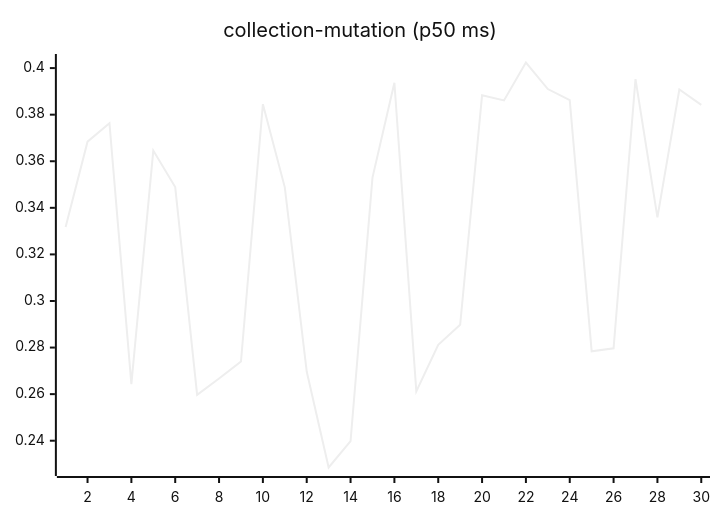
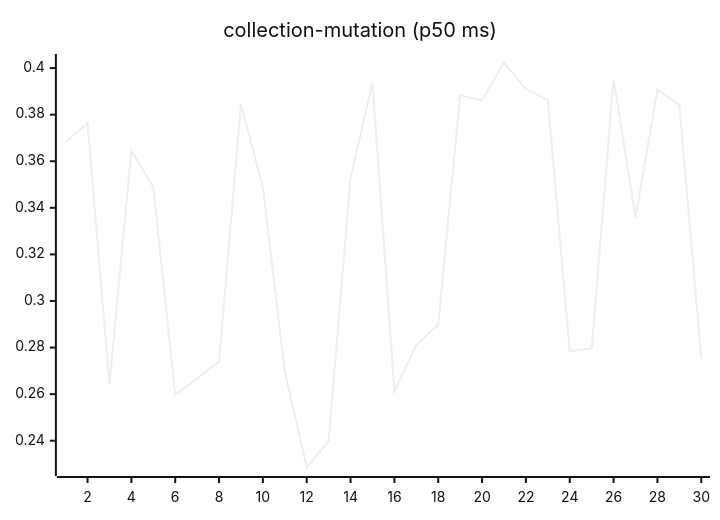
The sixth of 27 diagrams in README.md (josha/Facet), drawn with Mermaid (neutral theme) before and after one commit. The commit also changed other lines of this file and 2 other files, not shown here.

````diff
--- a/README.md
+++ b/README.md
@@ -98,6 +98,6 @@
 ```mermaid
 xychart-beta
     title "collection-mutation (p50 ms)"
     x-axis 1 --> 30
-    line [0.3318, 0.3684, 0.3763, 0.2643, 0.3646, 0.3489, 0.2597, 0.2667, 0.2740, 0.3845, 0.3488, 0.2697, 0.2285, 0.2398, 0.3530, 0.3937, 0.2612, 0.2812, 0.2898, 0.3883, 0.3861, 0.4024, 0.3910, 0.3862, 0.2784, 0.2797, 0.3953, 0.3359, 0.3908, 0.3842]
+    line [0.3684, 0.3763, 0.2643, 0.3646, 0.3489, 0.2597, 0.2667, 0.2740, 0.3845, 0.3488, 0.2697, 0.2285, 0.2398, 0.3530, 0.3937, 0.2612, 0.2812, 0.2898, 0.3883, 0.3861, 0.4024, 0.3910, 0.3862, 0.2784, 0.2797, 0.3953, 0.3359, 0.3908, 0.3842, 0.2754]
 ```
````
